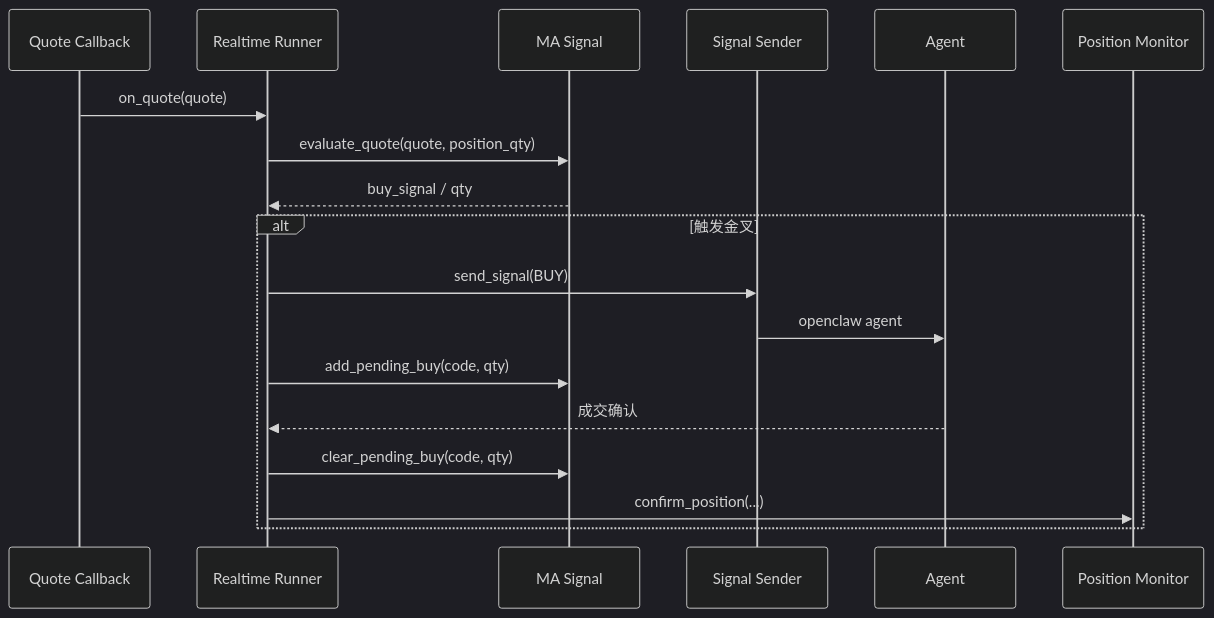
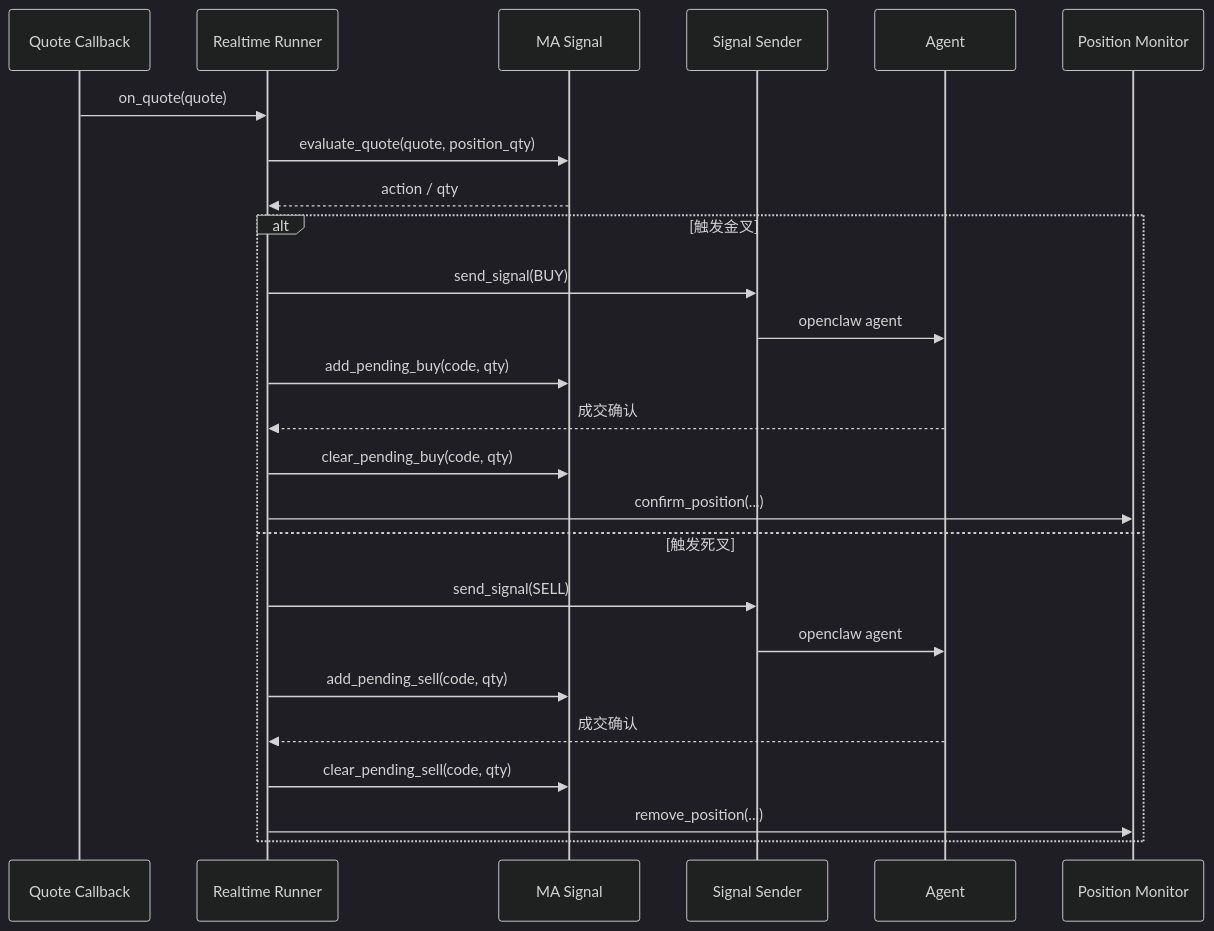
The second of 4 diagrams in docs/STRATEGY_ARCHITECTURE.md (JasperLai/quant-trading-system), drawn with Mermaid (dark theme) before and after one commit. The commit also changed other lines of this file and 15 other files, not shown here.

````diff
--- a/docs/STRATEGY_ARCHITECTURE.md
+++ b/docs/STRATEGY_ARCHITECTURE.md
@@ -314,21 +361,28 @@
 ```mermaid
 sequenceDiagram
     participant Q as Quote Callback
     participant RT as Realtime Runner
     participant SG as MA Signal
     participant SS as Signal Sender
     participant AG as Agent
     participant PM as Position Monitor
 
     Q->>RT: on_quote(quote)
     RT->>SG: evaluate_quote(quote, position_qty)
-    SG-->>RT: buy_signal / qty
+    SG-->>RT: action / qty
     alt 触发金叉
         RT->>SS: send_signal(BUY)
         SS->>AG: openclaw agent
         RT->>SG: add_pending_buy(code, qty)
         AG-->>RT: 成交确认
         RT->>SG: clear_pending_buy(code, qty)
         RT->>PM: confirm_position(...)
+    else 触发死叉
+        RT->>SS: send_signal(SELL)
+        SS->>AG: openclaw agent
+        RT->>SG: add_pending_sell(code, qty)
+        AG-->>RT: 成交确认
+        RT->>SG: clear_pending_sell(code, qty)
+        RT->>PM: remove_position(...)
     end
 ```
````
